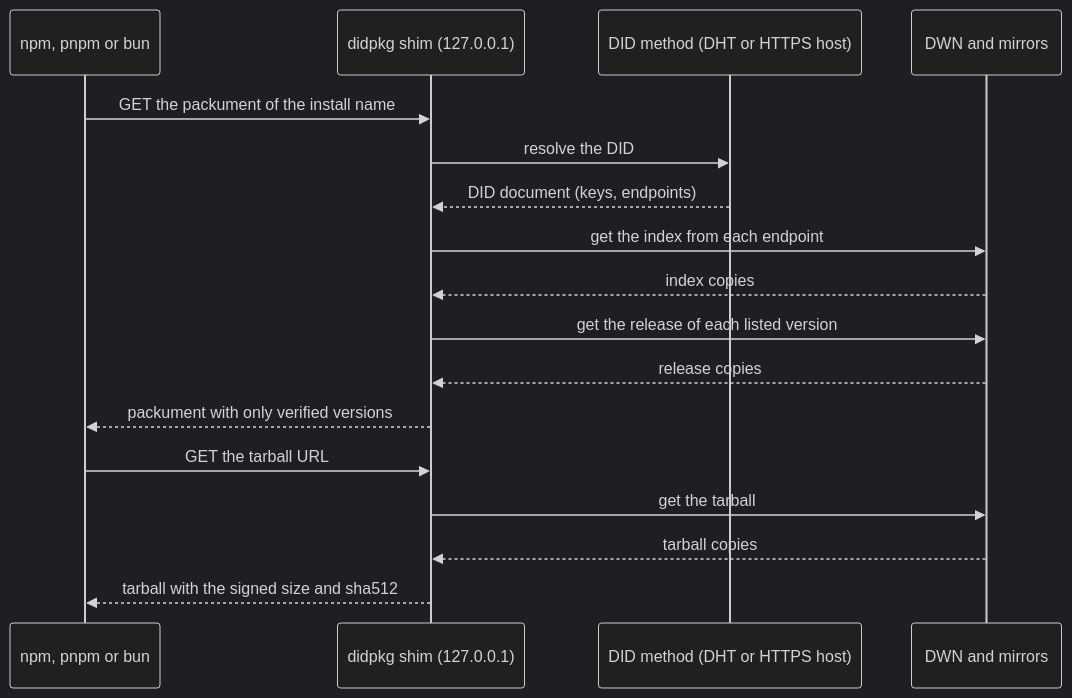
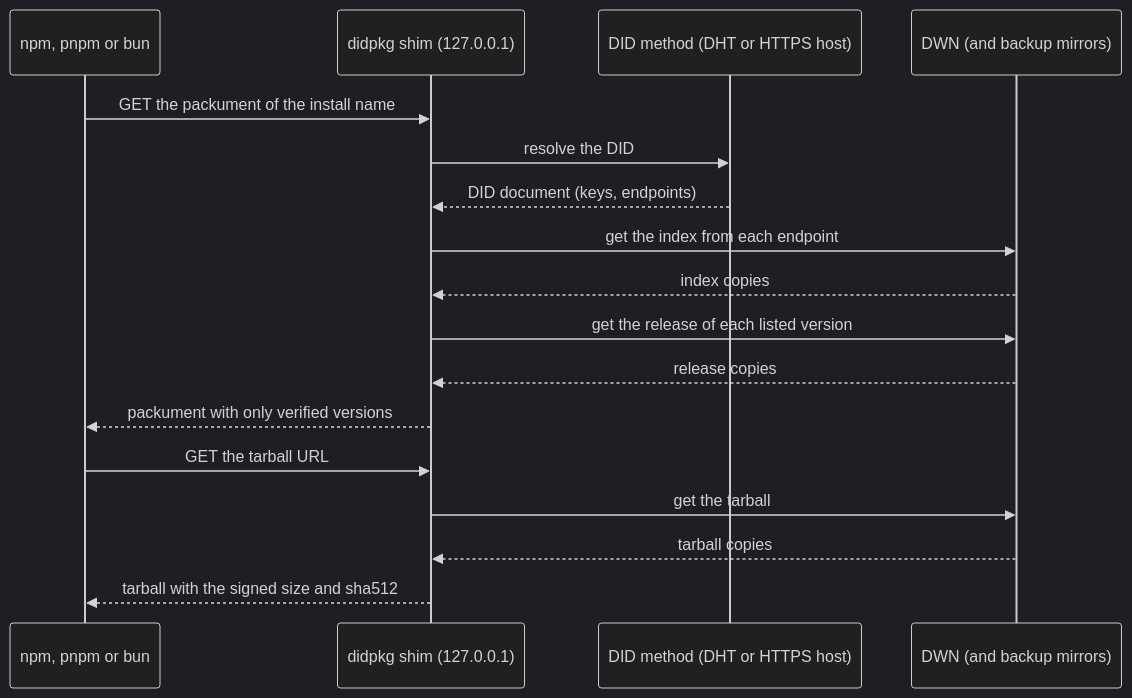
The diagram in docs/how-it-works.md (bnonni/didpkg), drawn with Mermaid (dark theme) before and after one commit. The commit also changed other lines of this file and 4 other files, not shown here.

````diff
--- a/docs/how-it-works.md
+++ b/docs/how-it-works.md
@@ -38,19 +38,19 @@
 ```mermaid
 sequenceDiagram
   participant npm as npm, pnpm or bun
   participant shim as didpkg shim (127.0.0.1)
   participant did as DID method (DHT or HTTPS host)
-  participant store as DWN and mirrors
+  participant store as DWN (and backup mirrors)
   npm->>shim: GET the packument of the install name
   shim->>did: resolve the DID
   did-->>shim: DID document (keys, endpoints)
   shim->>store: get the index from each endpoint
   store-->>shim: index copies
   shim->>store: get the release of each listed version
   store-->>shim: release copies
   shim-->>npm: packument with only verified versions
   npm->>shim: GET the tarball URL
   shim->>store: get the tarball
   store-->>shim: tarball copies
   shim-->>npm: tarball with the signed size and sha512
 ```
````
